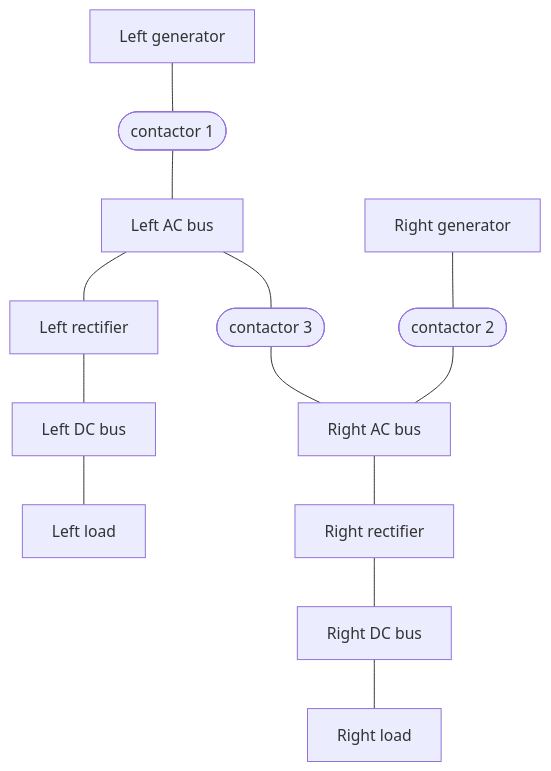
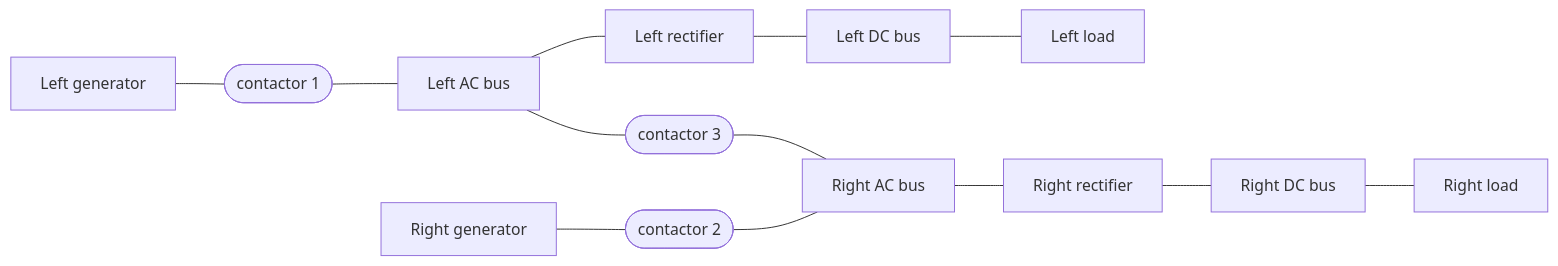
One commit to chase-cps/chase-cps.github.io changed the diagram in handbook/docs/demos/power-systems.md. Above: the diagram before and after it, drawn with Mermaid. The commit also changed other lines of this file and 15 other files, not shown here.

Commit message:
Demos read again: the legend says a box inside is checked against the outer one; LPC introduces Vehicle; joints, charger, buffer, warehouse, autopilot fixed; power systems with its diagram; other GR(1) solvers (to_gr1c)

````diff
--- a/handbook/docs/demos/power-systems.md
+++ b/handbook/docs/demos/power-systems.md
@@ -12,8 +12,6 @@
 ```mermaid
-flowchart TB
-    LG["Left generator"] --- C1(["contactor 1"]) --- LB["Left AC bus"]
-    RG["Right generator"] --- C2(["contactor 2"]) --- RB["Right AC bus"]
+flowchart LR
+    LG["Left generator"] --- C1(["contactor 1"]) --- LB["Left AC bus"] --- LR["Left rectifier"] --- LD["Left DC bus"] --- LL["Left load"]
     LB --- C3(["contactor 3"]) --- RB
-    LB --- LR["Left rectifier"] --- LD["Left DC bus"] --- LL["Left load"]
-    RB --- RR["Right rectifier"] --- RD["Right DC bus"] --- RL["Right load"]
+    RG["Right generator"] --- C2(["contactor 2"]) --- RB["Right AC bus"] --- RR["Right rectifier"] --- RD["Right DC bus"] --- RL["Right load"]
 ```
````
